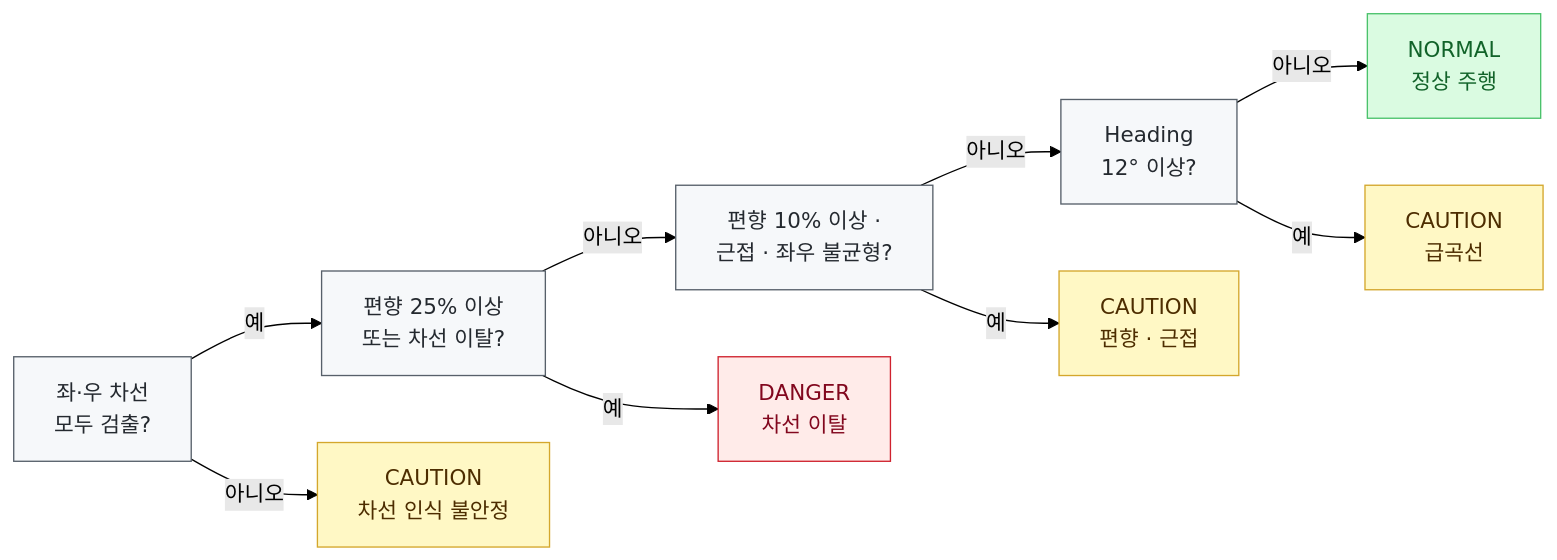
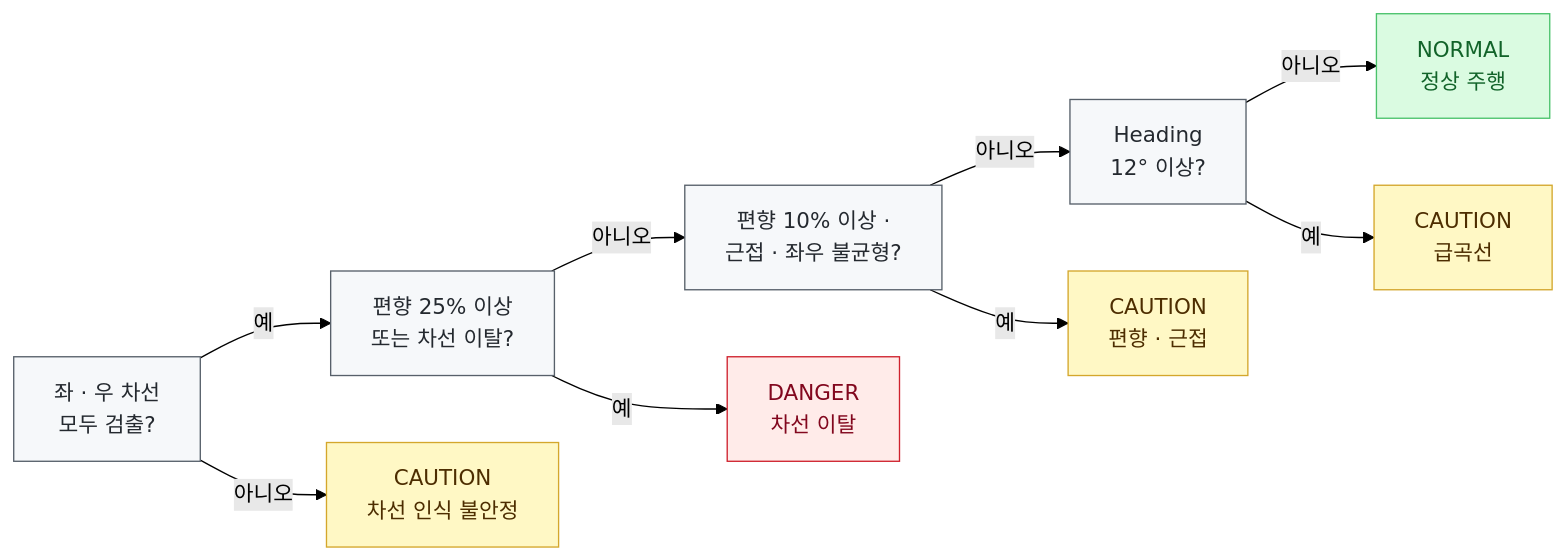
One commit to YOOBIN-AN/driving-analysis changed the second of 2 diagrams in lane-analysis/README.md. Above: the diagram before and after it, drawn with Mermaid (forest theme). The commit also changed other lines of this file and 1 other file, not shown here.

````diff
--- a/lane-analysis/README.md
+++ b/lane-analysis/README.md
@@ -114,20 +114,20 @@
 ```mermaid
 flowchart LR
-    A["좌·우 차선<br/>모두 검출?"] -- 예 --> B["편향 25% 이상<br/>또는 차선 이탈?"]
+    A["좌 · 우 차선<br/>모두 검출?"] -- 예 --> B["편향 25% 이상<br/>또는 차선 이탈?"]
     B -- 아니오 --> E["편향 10% 이상 ·<br/>근접 · 좌우 불균형?"]
     E -- 아니오 --> F["Heading<br/>12° 이상?"]
     F -- 아니오 --> N["NORMAL<br/>정상 주행"]
     A -- 아니오 --> C1["CAUTION<br/>차선 인식 불안정"]
     B -- 예 --> D["DANGER<br/>차선 이탈"]
     E -- 예 --> C2["CAUTION<br/>편향 · 근접"]
     F -- 예 --> C3["CAUTION<br/>급곡선"]
 
     classDef ask fill:#f6f8fa,stroke:#57606a,color:#24292f
     classDef danger fill:#ffebe9,stroke:#cf222e,color:#82071e
     classDef caution fill:#fff8c5,stroke:#d4a72c,color:#4d2d00
     classDef normal fill:#dafbe1,stroke:#4ac26b,color:#116329
     class A,B,E,F ask
     class D danger
     class C1,C2,C3 caution
     class N normal
 ```
````
